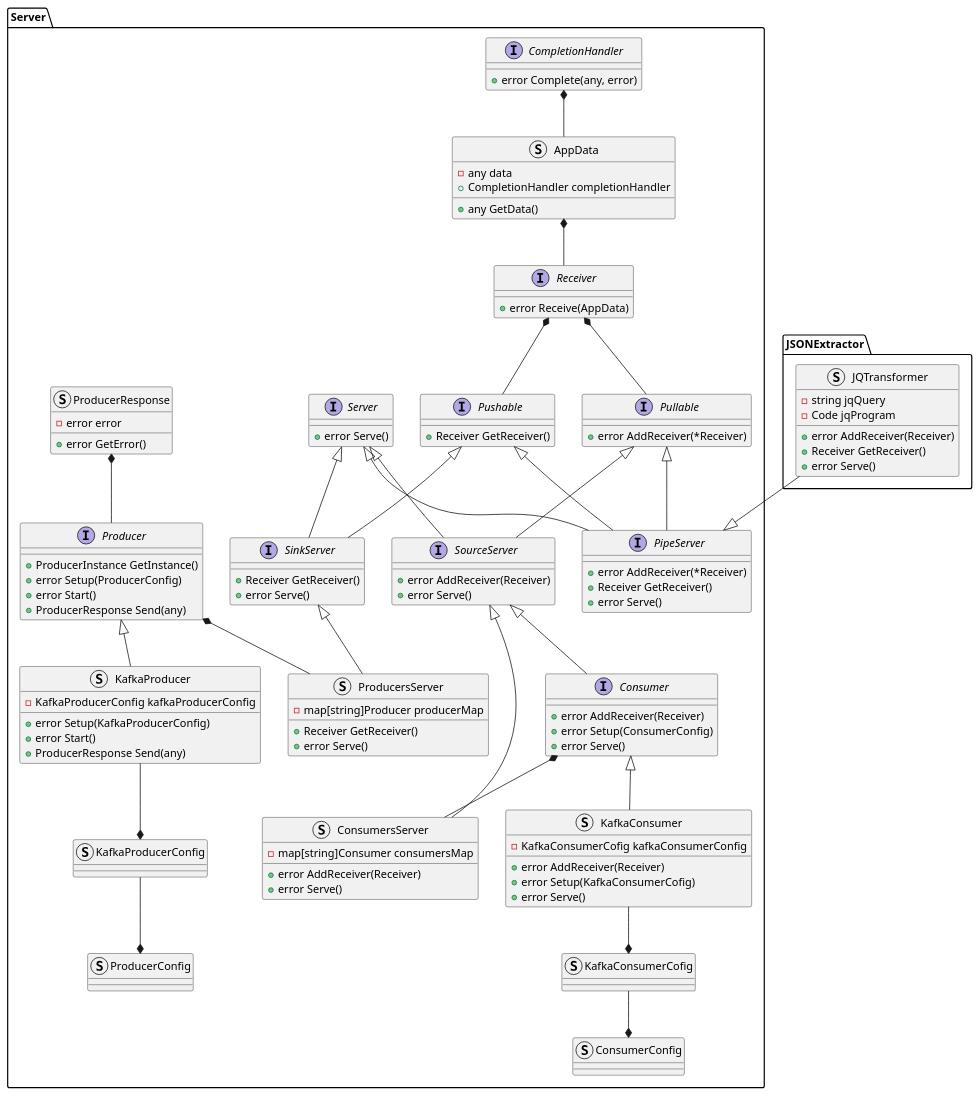
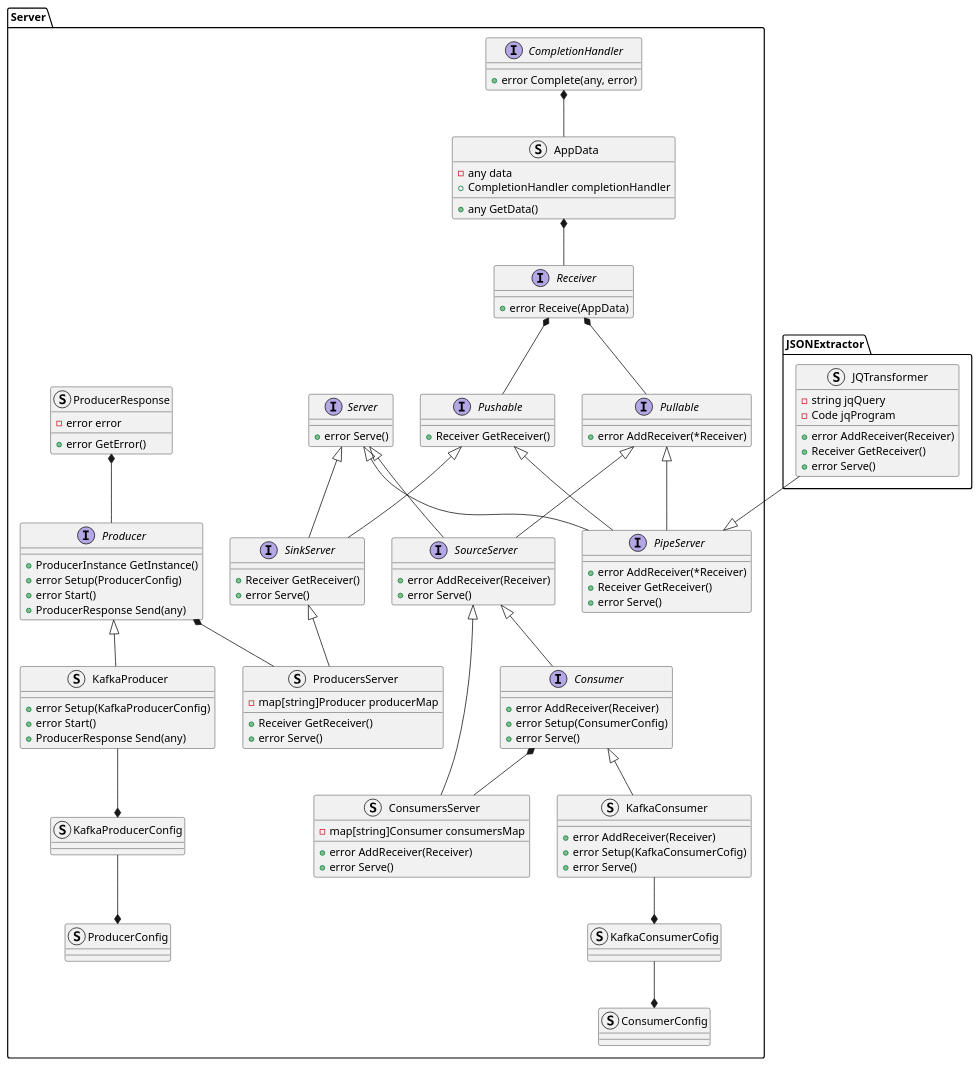
Before and after one commit to xtuml/otel2pv: the diagram in docs/design_notes/DN1_JSON_Extractor/class_diagram.puml, drawn with PlantUML. The commit also changed 1 other file, not shown here.

Commit message:
CDSOPV-26 update class diagrams

```diff
--- a/docs/design_notes/DN1_JSON_Extractor/class_diagram.puml
+++ b/docs/design_notes/DN1_JSON_Extractor/class_diagram.puml
@@ -1,115 +1,113 @@
 @startuml
 namespace Server {
     interface CompletionHandler {
         +error Complete(any, error)
     }
     struct AppData {
         -any data
         +CompletionHandler completionHandler
         +any GetData()
     }
     interface Receiver {
         +error Receive(AppData)
     }
     interface Server {
         +error Serve()
     }
     interface Pullable {
         +error AddReceiver(*Receiver)
     }
     interface Pushable {
         +Receiver GetReceiver()
     }
     interface SourceServer {
         +error AddReceiver(Receiver)
         +error Serve()
     }
     interface SinkServer {
         +Receiver GetReceiver()
         +error Serve()
     }
     interface PipeServer {
         +error AddReceiver(*Receiver)
         +Receiver GetReceiver()
         +error Serve()
     }
     struct ProducerResponse {
         -error error
         +error GetError()
     }
     interface Producer {
         +ProducerInstance GetInstance()
         +error Setup(ProducerConfig)
         +error Start()
         +ProducerResponse Send(any)
     }
     interface Consumer {
         +error AddReceiver(Receiver)
         +error Setup(ConsumerConfig)
         +error Serve()
     }
     struct KafkaConsumer {
-        -KafkaConsumerCofig kafkaConsumerConfig
         +error AddReceiver(Receiver)
         +error Setup(KafkaConsumerCofig)
         +error Serve()
     }
     struct KafkaProducer {
-        -KafkaProducerConfig kafkaProducerConfig
         +error Setup(KafkaProducerConfig)
         +error Start()
         +ProducerResponse Send(any)
     }
     struct ProducersServer {
         -map[string]Producer producerMap
         +Receiver GetReceiver()
         +error Serve()
     }
     struct ConsumersServer {
         -map[string]Consumer consumersMap
         +error AddReceiver(Receiver)
         +error Serve()
     }
     struct KafkaConsumerCofig
     struct KafkaProducerConfig
     struct ProducerConfig
     struct ConsumerConfig
 }
 namespace JSONExtractor {
     struct JQTransformer {
         -string jqQuery
         -Code jqProgram
         +error AddReceiver(Receiver)
         +Receiver GetReceiver()
         +error Serve()
     }
 }
 Server.CompletionHandler *-- Server.AppData
 Server.AppData *-- Server.Receiver
 Server.Receiver *-- Server.Pullable
 Server.Receiver *-- Server.Pushable
 Server.Server <|-- Server.SourceServer
 Server.Pullable <|-- Server.SourceServer
 Server.Server <|-- Server.SinkServer
 Server.Pushable <|-- Server.SinkServer
 Server.Pushable <|-- Server.PipeServer
 Server.Pullable <|-- Server.PipeServer
 Server.Server <|-- Server.PipeServer
 
 Server.ProducerResponse *-- Server.Producer
 Server.Producer <|-- Server.KafkaProducer
 Server.Consumer <|-- Server.KafkaConsumer
 Server.Producer *-- Server.ProducersServer
 Server.SinkServer <|-- Server.ProducersServer
 Server.SourceServer <|-- Server.ConsumersServer
 Server.Consumer *-- Server.ConsumersServer
 Server.SourceServer <|-- Server.Consumer
 
 Server.KafkaConsumerCofig *-up- Server.KafkaConsumer
 Server.KafkaProducerConfig *-up- Server.KafkaProducer
 
 Server.PipeServer <|-up- JSONExtractor.JQTransformer
 
 Server.ProducerConfig *-up- Server.KafkaProducerConfig
 Server.ConsumerConfig *-up- Server.KafkaConsumerCofig
 @enduml
```
